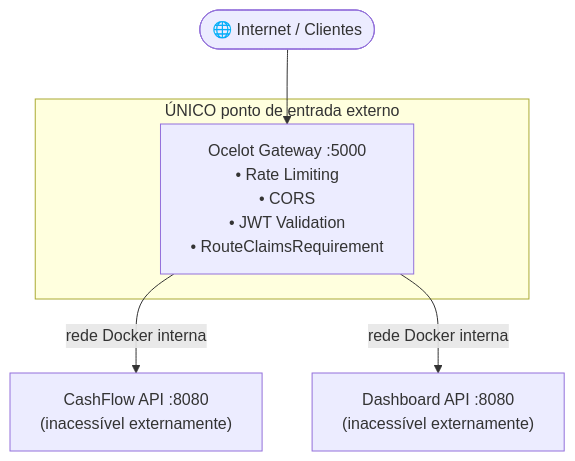
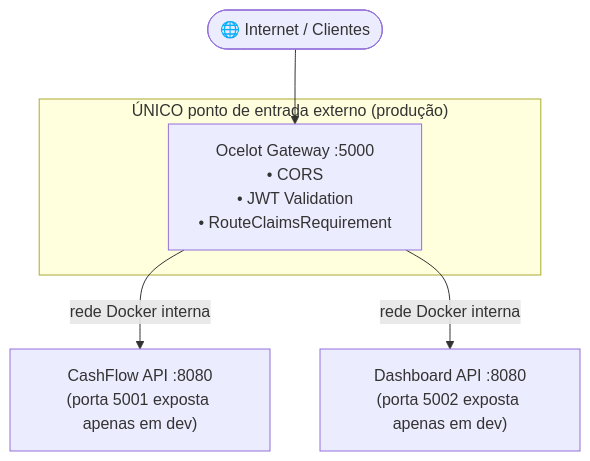
The diagram in docs/security/api-protection.md (filipececcon/arch-challenge), drawn with Mermaid before and after one commit. The commit also changed other lines of this file and 41 other files, not shown here.

````diff
--- a/docs/security/api-protection.md
+++ b/docs/security/api-protection.md
@@ -7,12 +7,12 @@
 ```mermaid
 graph TD
     Internet(["🌐 Internet / Clientes"])
     Internet --> GW
 
-    subgraph GW_ZONE["ÚNICO ponto de entrada externo"]
-        GW["Ocelot Gateway :5000<br/>• Rate Limiting<br/>• CORS<br/>• JWT Validation<br/>• RouteClaimsRequirement"]
+    subgraph GW_ZONE["ÚNICO ponto de entrada externo (produção)"]
+        GW["Ocelot Gateway :5000<br/>• CORS<br/>• JWT Validation<br/>• RouteClaimsRequirement"]
     end
 
-    GW -->|"rede Docker interna"| CF["CashFlow API :8080<br/>(inacessível externamente)"]
-    GW -->|"rede Docker interna"| DB["Dashboard API :8080<br/>(inacessível externamente)"]
+    GW -->|"rede Docker interna"| CF["CashFlow API :8080<br/>(porta 5001 exposta apenas em dev)"]
+    GW -->|"rede Docker interna"| DB["Dashboard API :8080<br/>(porta 5002 exposta apenas em dev)"]
 ```
````
